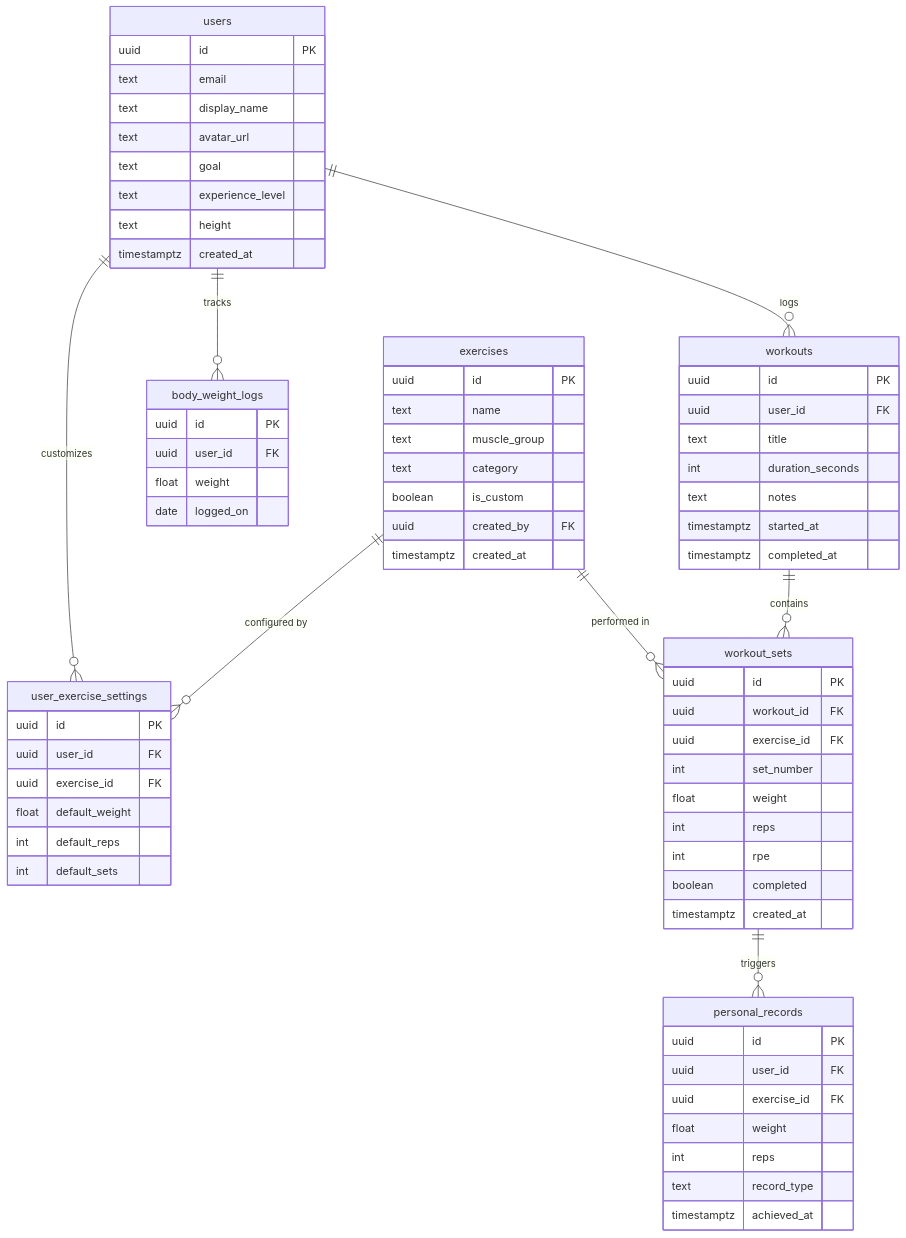
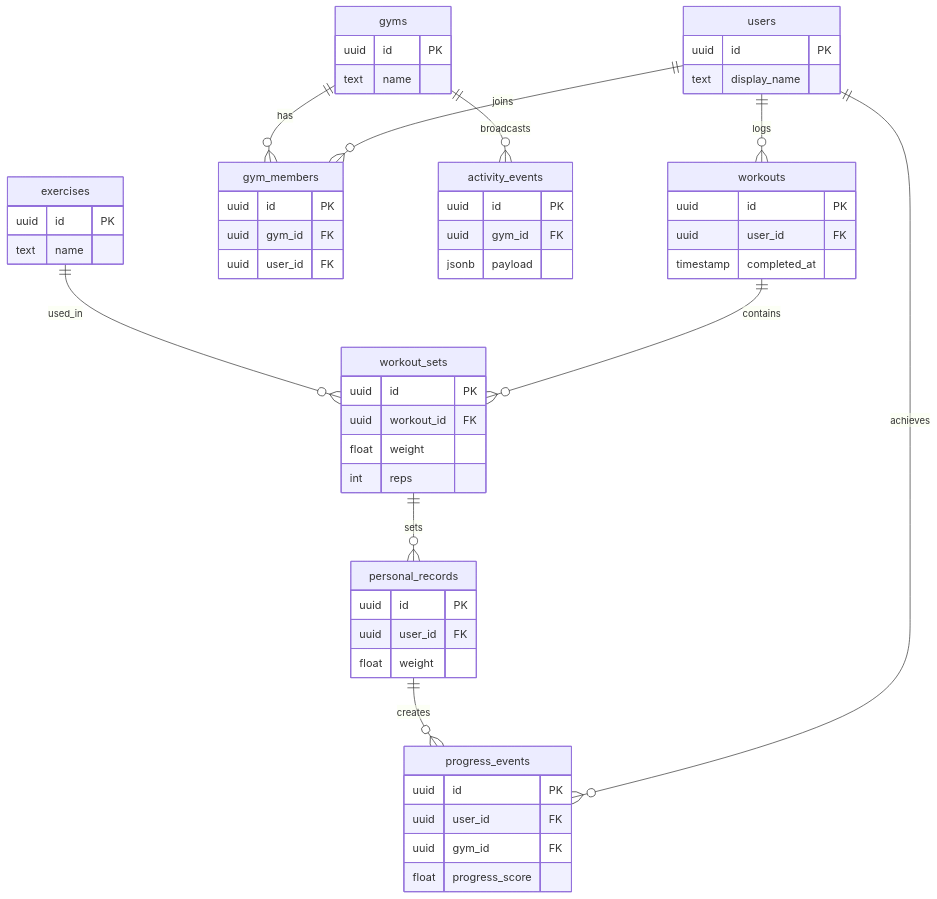
The third of 4 diagrams in docs/system_design.md (mr-talukdar/helix-client), drawn with Mermaid before and after one commit. The commit also changed other lines of this file and 179 other files, not shown here.

````diff
--- a/docs/system_design.md
+++ b/docs/system_design.md
@@ -63,79 +97,62 @@
 ```mermaid
 erDiagram
     users ||--o{ workouts : logs
-    users ||--o{ body_weight_logs : tracks
-    users ||--o{ user_exercise_settings : customizes
-    exercises ||--o{ workout_sets : "performed in"
-    exercises ||--o{ user_exercise_settings : "configured by"
+    users ||--o{ gym_members : joins
+    users ||--o{ progress_events : achieves
+
+    gyms ||--o{ gym_members : has
+    gyms ||--o{ activity_events : broadcasts
+
     workouts ||--o{ workout_sets : contains
-    workout_sets ||--o{ personal_records : triggers
+    exercises ||--o{ workout_sets : used_in
+    workout_sets ||--o{ personal_records : sets
+    personal_records ||--o{ progress_events : creates
 
+    %% Core Workout
     users {
         uuid id PK
-        text email
         text display_name
-        text avatar_url
-        text goal
-        text experience_level
-        text height
-        timestamptz created_at
     }
-
     exercises {
         uuid id PK
         text name
-        text muscle_group
-        text category
-        boolean is_custom
-        uuid created_by FK
-        timestamptz created_at
     }
-
     workouts {
         uuid id PK
         uuid user_id FK
-        text title
-        int duration_seconds
-        text notes
-        timestamptz started_at
-        timestamptz completed_at
+        timestamp completed_at
     }
-
     workout_sets {
         uuid id PK
         uuid workout_id FK
-        uuid exercise_id FK
-        int set_number
         float weight
         int reps
-        int rpe
-        boolean completed
-        timestamptz created_at
     }
-
     personal_records {
         uuid id PK
         uuid user_id FK
-        uuid exercise_id FK
         float weight
-        int reps
-        text record_type
-        timestamptz achieved_at
     }
 
-    body_weight_logs {
+    %% Gym Ecosystem
+    gyms {
+        uuid id PK
+        text name
+    }
+    gym_members {
+        uuid id PK
+        uuid gym_id FK
+        uuid user_id FK
+    }
+    progress_events {
         uuid id PK
         uuid user_id FK
-        float weight
-        date logged_on
+        uuid gym_id FK
+        float progress_score
     }
-
-    user_exercise_settings {
+    activity_events {
         uuid id PK
-        uuid user_id FK
-        uuid exercise_id FK
-        float default_weight
-        int default_reps
-        int default_sets
+        uuid gym_id FK
+        jsonb payload
     }
 ```
````
